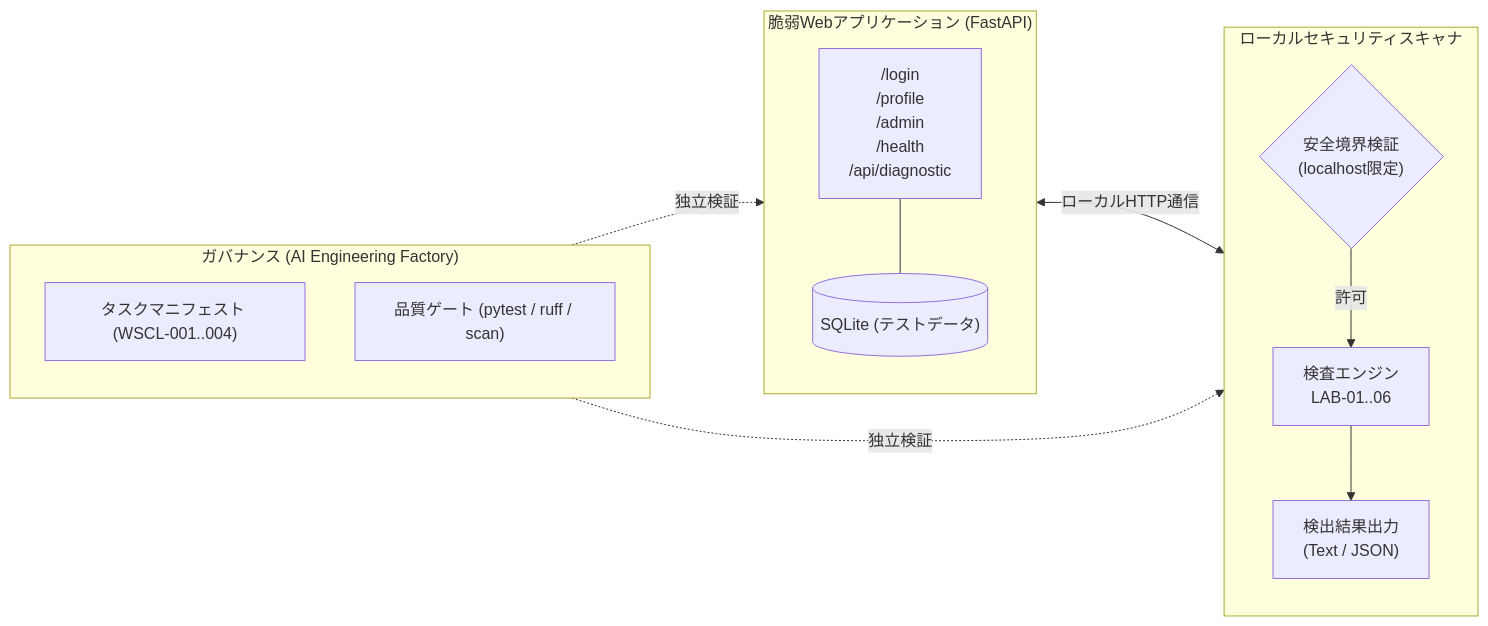
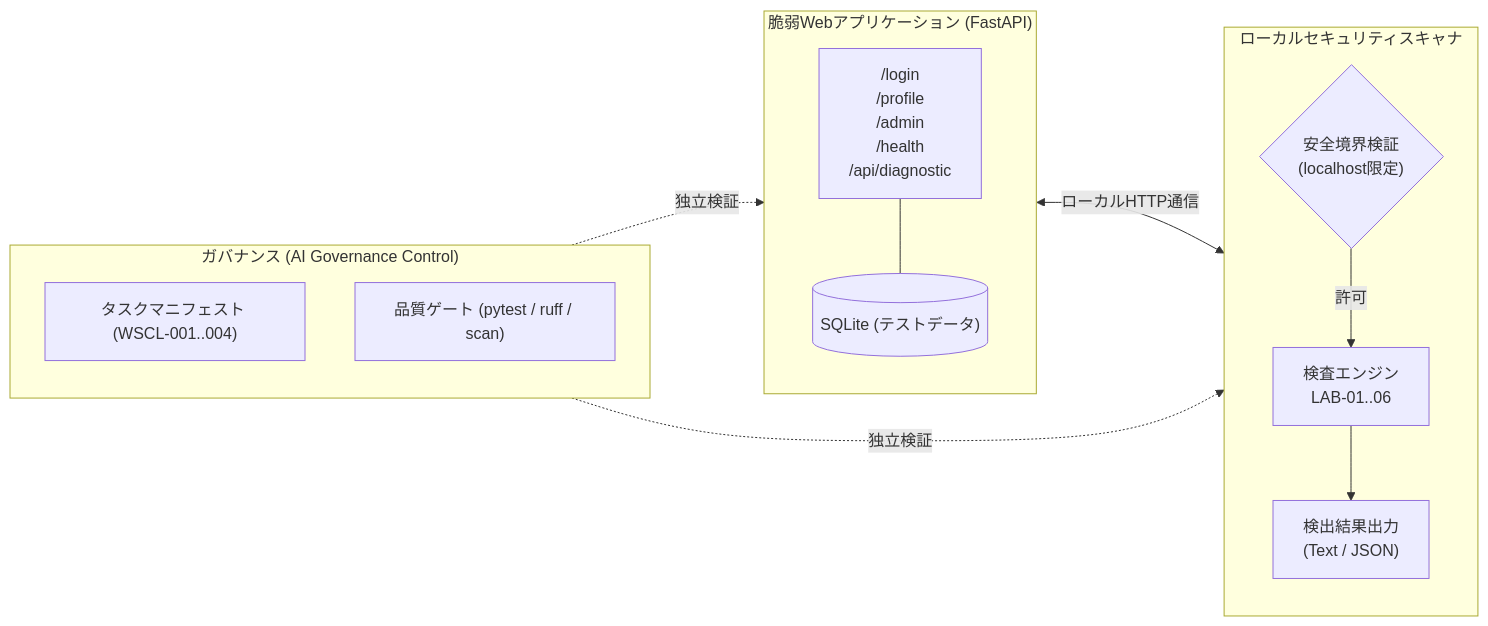
The diagram in README.ja.md (moruku36/web-security-control-lab), drawn with Mermaid before and after one commit. The commit also changed other lines of this file and 2 other files, not shown here.

Commit message:
docs: use AI Governance Control display name

````diff
--- a/README.ja.md
+++ b/README.ja.md
@@ -32,25 +32,25 @@
 ```mermaid
 flowchart LR
     subgraph Target["脆弱Webアプリケーション (FastAPI)"]
         Endpoints["/login<br/>/profile<br/>/admin<br/>/health<br/>/api/diagnostic"]
         Store[("SQLite (テストデータ)")]
         Endpoints --- Store
     end
 
     subgraph Scanner["ローカルセキュリティスキャナ"]
         Validator{"安全境界検証<br/>(localhost限定)"}
         Audits["検査エンジン<br/>LAB-01..06"]
         Report["検出結果出力<br/>(Text / JSON)"]
 
         Validator -->|許可| Audits --> Report
     end
 
-    subgraph Factory["ガバナンス (AI Engineering Factory)"]
+    subgraph Factory["ガバナンス (AI Governance Control)"]
         Tasks["タスクマニフェスト (WSCL-001..004)"]
         Gate["品質ゲート (pytest / ruff / scan)"]
     end
 
     Target <-->|ローカルHTTP通信| Scanner
     Factory -.->|独立検証| Target
     Factory -.->|独立検証| Scanner
 ```
````
